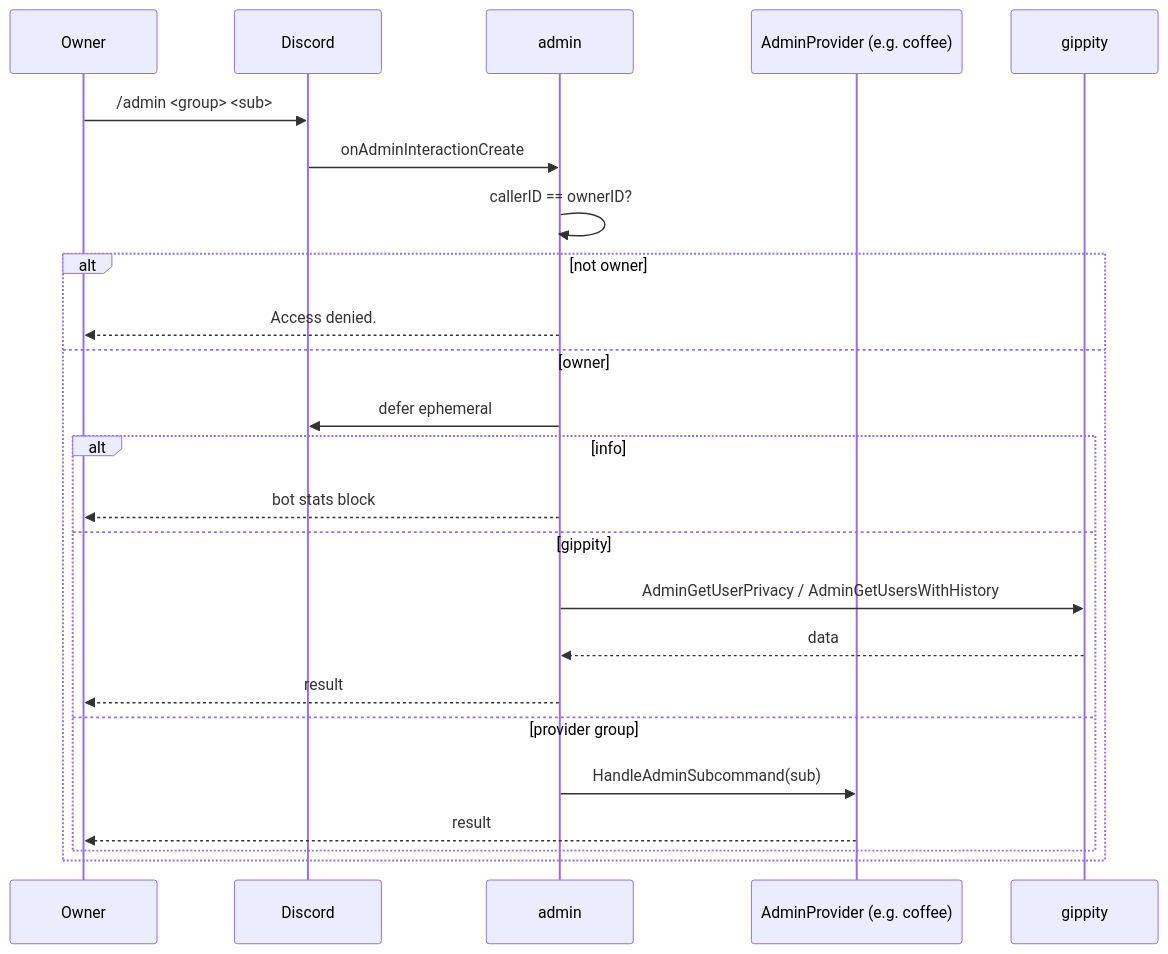
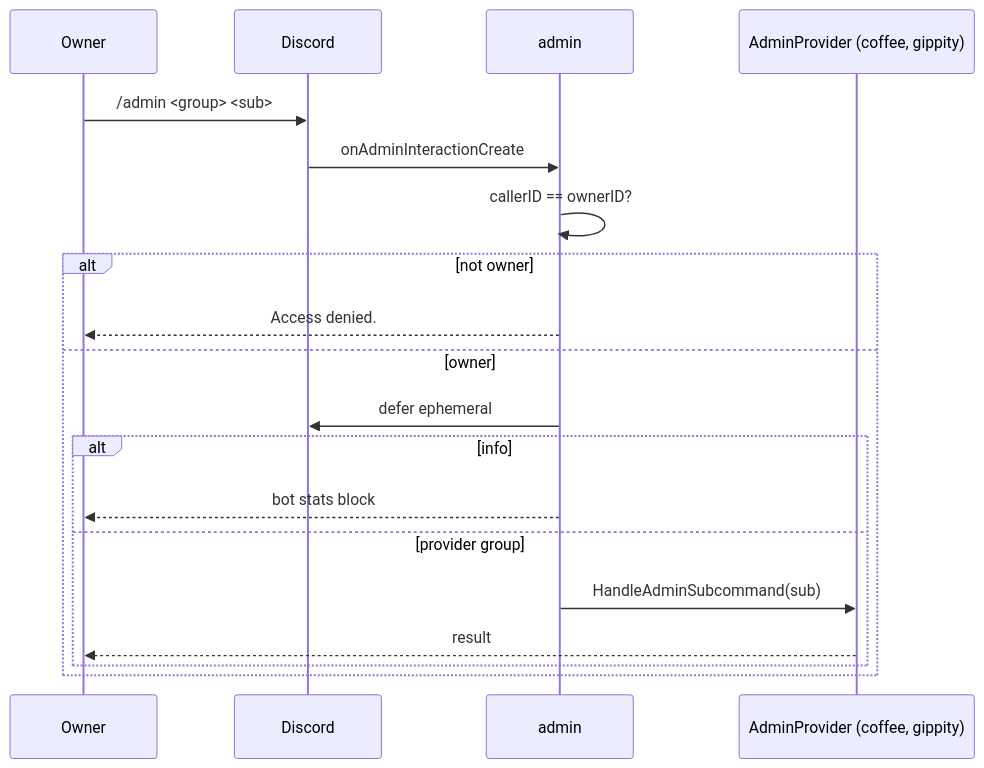
Before and after one commit to toksikk/gidbig: the diagram in docs/modules/admin.md, drawn with Mermaid. The commit also changed other lines of this file and 16 other files, not shown here.

First line of the commit message:
gippity (#179): migrate to bot.Module and decouple admin

````diff
--- a/docs/modules/admin.md
+++ b/docs/modules/admin.md
@@ -12,27 +12,22 @@
 ```mermaid
 sequenceDiagram
     participant O as Owner
     participant D as Discord
     participant A as admin
-    participant P as AdminProvider (e.g. coffee)
-    participant G as gippity
+    participant P as AdminProvider (coffee, gippity)
 
     O->>D: /admin <group> <sub>
     D->>A: onAdminInteractionCreate
     A->>A: callerID == ownerID?
     alt not owner
         A-->>O: Access denied.
     else owner
         A->>D: defer ephemeral
         alt info
             A-->>O: bot stats block
-        else gippity
-            A->>G: AdminGetUserPrivacy / AdminGetUsersWithHistory
-            G-->>A: data
-            A-->>O: result
         else provider group
             A->>P: HandleAdminSubcommand(sub)
             P-->>O: result
         end
     end
 ```
````
